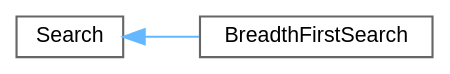
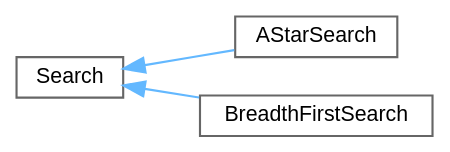
One commit to velocitatem/Symphony changed the diagram in inherit_graph_4.dot. Above: the diagram before and after it, drawn with Graphviz. The commit also changed 61 other files, not shown here.

```diff
--- a/inherit_graph_4.dot
+++ b/inherit_graph_4.dot
@@ -1,12 +1,14 @@
 digraph "Graphical Class Hierarchy"
 {
  // INTERACTIVE_SVG=YES
  // LATEX_PDF_SIZE
   bgcolor="transparent";
   edge [fontname=Helvetica,fontsize=10,labelfontname=Helvetica,labelfontsize=10];
   node [fontname=Helvetica,fontsize=10,shape=box,height=0.2,width=0.4];
   rankdir="LR";
   Node0 [id="Node000000",label="Search",height=0.2,width=0.4,color="grey40", fillcolor="white", style="filled",URL="$classSearch.html",tooltip=" "];
   Node0 -> Node1 [id="edge1_Node000000_Node000001",dir="back",color="steelblue1",style="solid",tooltip=" "];
-  Node1 [id="Node000001",label="BreadthFirstSearch",height=0.2,width=0.4,color="grey40", fillcolor="white", style="filled",URL="$classBreadthFirstSearch.html",tooltip=" "];
+  Node1 [id="Node000001",label="AStarSearch",height=0.2,width=0.4,color="grey40", fillcolor="white", style="filled",URL="$classAStarSearch.html",tooltip=" "];
+  Node0 -> Node2 [id="edge2_Node000000_Node000002",dir="back",color="steelblue1",style="solid",tooltip=" "];
+  Node2 [id="Node000002",label="BreadthFirstSearch",height=0.2,width=0.4,color="grey40", fillcolor="white", style="filled",URL="$classBreadthFirstSearch.html",tooltip=" "];
 }
```
